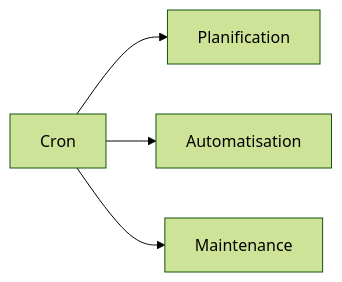
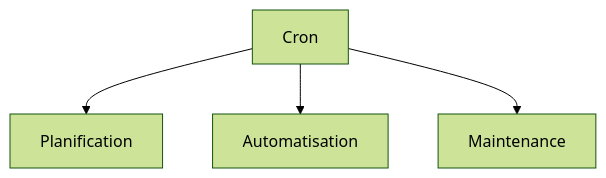
The seventh of 44 diagrams in docs/glossaire/administration-systeme.md (zyrass/omnydocs), drawn with Mermaid (forest theme) before and after one commit. The commit also changed other lines of this file and 1780 other files, not shown here.

````diff
--- a/docs/glossaire/administration-systeme.md
+++ b/docs/glossaire/administration-systeme.md
@@ -144,6 +174,6 @@
-    ```mermaid
-    graph LR
-        A[Cron] --> B[Planification]
-        A --> C[Automatisation]
-        A --> D[Maintenance]
-    ```
+```mermaid
+graph TB
+    A[Cron] --> B[Planification]
+    A --> C[Automatisation]
+    A --> D[Maintenance]
+```
````
